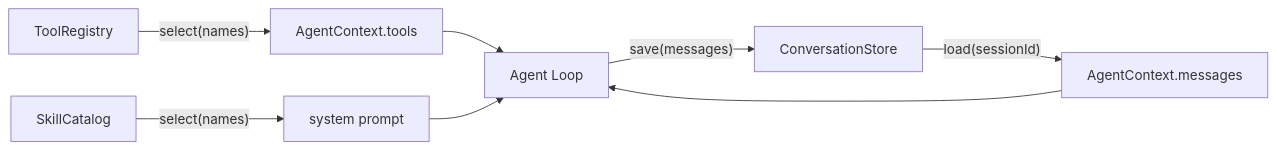
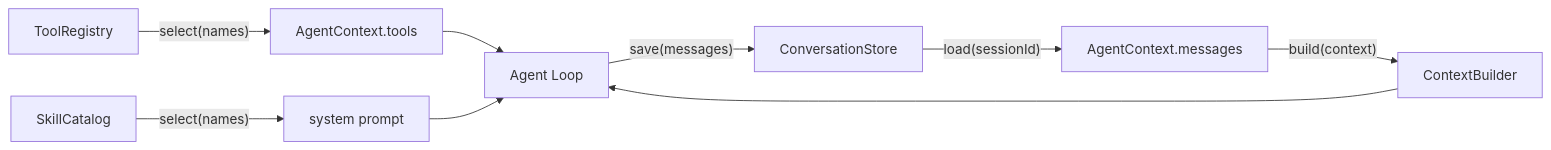
One commit to daiwk/building-agents-from-scratch changed the diagram in docs/concepts/components.md. Above: the diagram before and after it, drawn with Mermaid. The commit also changed other lines of this file and 16 other files, not shown here.

````diff
--- a/docs/concepts/components.md
+++ b/docs/concepts/components.md
@@ -11,10 +13,11 @@
 ```mermaid
 flowchart LR
     TR["ToolRegistry"] -->|"select(names)"| T["AgentContext.tools"]
     CS["ConversationStore"] -->|"load(sessionId)"| M["AgentContext.messages"]
+    M -->|"build(context)"| CB["ContextBuilder"]
     SC["SkillCatalog"] -->|"select(names)"| P["system prompt"]
     T --> A["Agent Loop"]
-    M --> A
+    CB --> A
     P --> A
     A -->|"save(messages)"| CS
 ```
````
